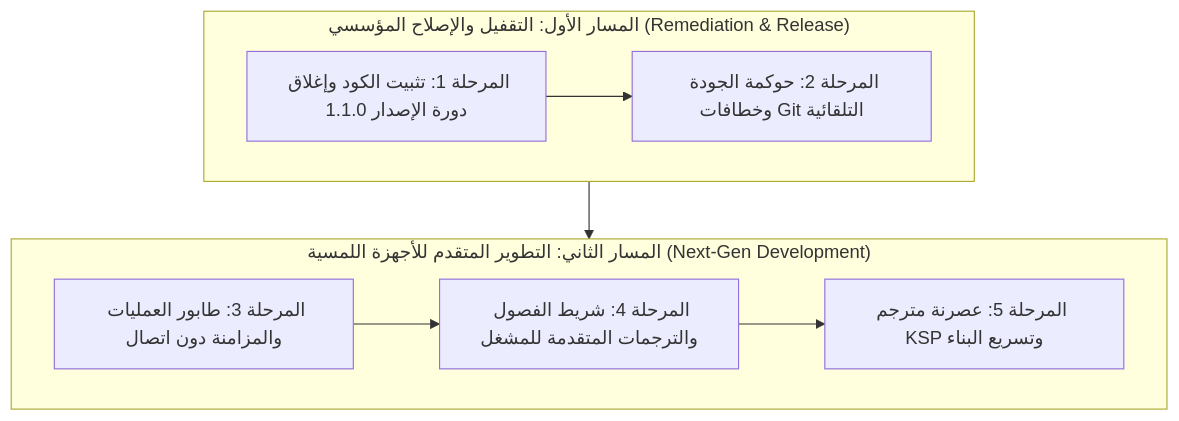
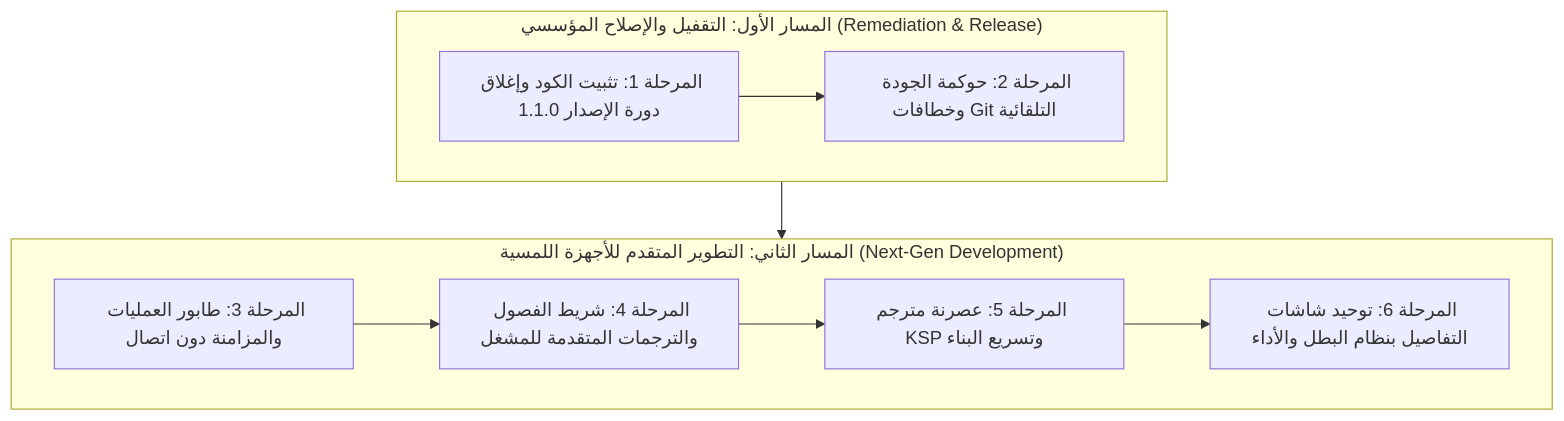
Before and after one commit to 0s-a/mdd-tv: the diagram in tasks/remediation_and_development_plan.md, drawn with Mermaid. The commit also changed other lines of this file, not shown here.

````diff
--- a/tasks/remediation_and_development_plan.md
+++ b/tasks/remediation_and_development_plan.md
@@ -11,13 +11,14 @@
 ```mermaid
 flowchart TD
     subgraph TrackA["المسار الأول: التقفيل والإصلاح المؤسسي (Remediation & Release)"]
         P1["المرحلة 1: تثبيت الكود وإغلاق دورة الإصدار 1.1.0"] --> P2["المرحلة 2: حوكمة الجودة وخطافات Git التلقائية"]
     end
 
     subgraph TrackB["المسار الثاني: التطوير المتقدم للأجهزة اللمسية (Next-Gen Development)"]
         P3["المرحلة 3: طابور العمليات والمزامنة دون اتصال"] --> P4["المرحلة 4: شريط الفصول والترجمات المتقدمة للمشغل"]
         P4 --> P5["المرحلة 5: عصرنة مترجم KSP وتسريع البناء"]
+        P5 --> P6["المرحلة 6: توحيد شاشات التفاصيل بنظام البطل والأداء"]
     end
 
     TrackA --> TrackB
 ```
````
